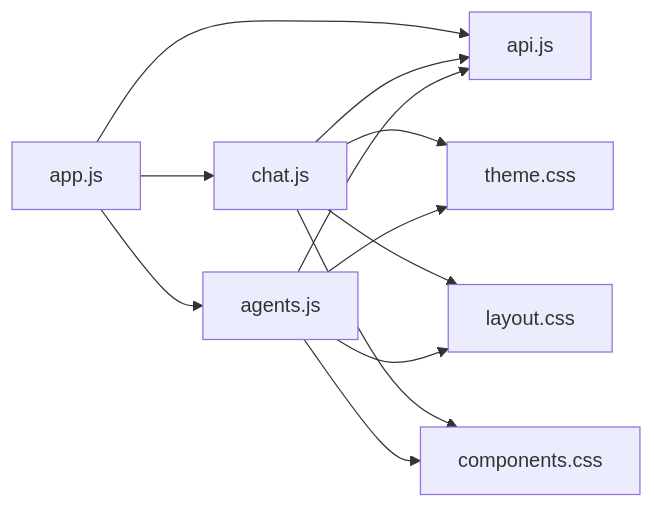
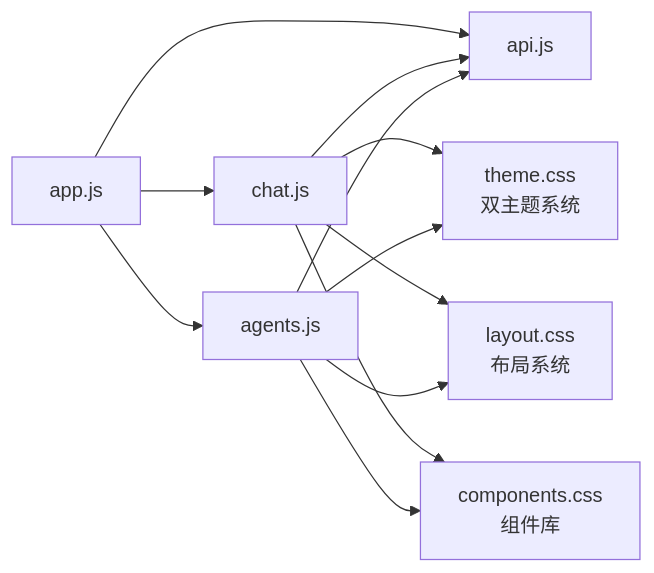
One commit to hexiaowen-bot/openfang changed the fourth of 4 diagrams in .qoder/repowiki/zh/content/核心模块详解/API 服务器 (openfang-api)/Web 聊天界面.md. Above: the diagram before and after it, drawn with Mermaid. The commit also changed other lines of this file and 31 other files, not shown here.

````diff
--- a/.qoder/repowiki/zh/content/核心模块详解/API 服务器 (openfang-api)/Web 聊天界面.md
+++ b/.qoder/repowiki/zh/content/核心模块详解/API 服务器 (openfang-api)/Web 聊天界面.md
@@ -248,14 +304,14 @@
 ```mermaid
 graph LR
 APP["app.js"] --> API["api.js"]
 APP --> CHAT["chat.js"]
 APP --> AGENTS["agents.js"]
 CHAT --> API
 AGENTS --> API
-CHAT --> THEME["theme.css"]
-CHAT --> LAYOUT["layout.css"]
-CHAT --> COMP["components.css"]
+CHAT --> THEME["theme.css<br/>双主题系统"]
+CHAT --> LAYOUT["layout.css<br/>布局系统"]
+CHAT --> COMP["components.css<br/>组件库"]
 AGENTS --> THEME
 AGENTS --> LAYOUT
 AGENTS --> COMP
 ```
````
